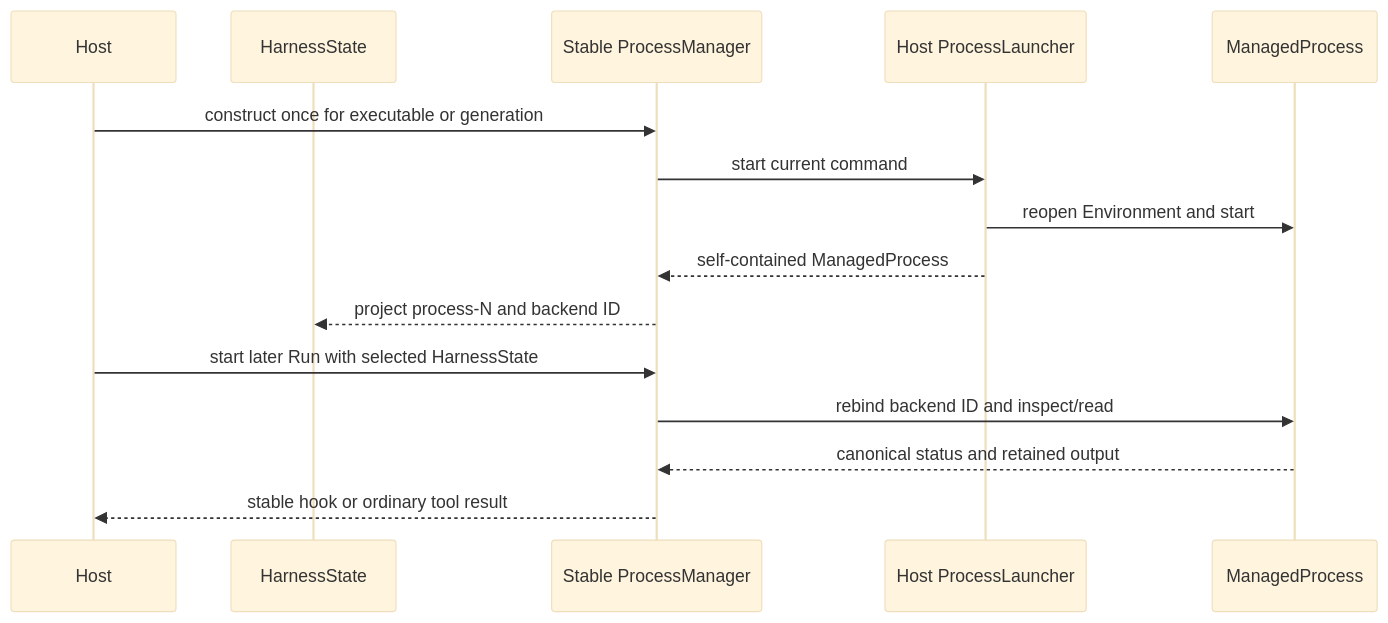
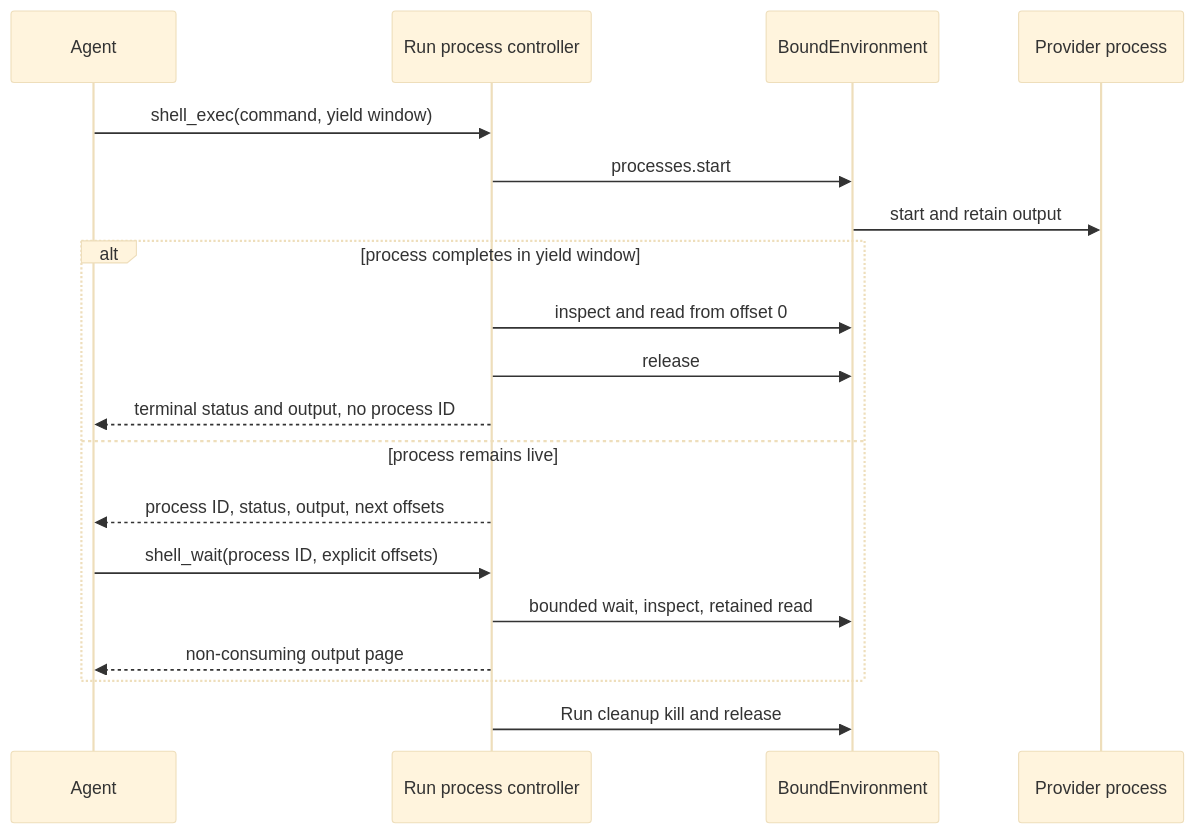
One commit to LTThreeComma/agent-foundation changed the diagram in docs/agent-harness/environments.md. Above: the diagram before and after it, drawn with Mermaid (base theme). The commit also changed other lines of this file and 188 other files, not shown here.

First line of the commit message:
feat(harness): rework environment and host ownership (#82)

````diff
--- a/docs/agent-harness/environments.md
+++ b/docs/agent-harness/environments.md
@@ -326,18 +218,22 @@
 ```mermaid
 sequenceDiagram
-    participant Host
-    participant State as HarnessState
-    participant Manager as Stable ProcessManager
-    participant Launcher as Host ProcessLauncher
-    participant Process as ManagedProcess
+    participant Agent
+    participant Controller as Run process controller
+    participant Environment as BoundEnvironment
+    participant Process as Provider process
 
-    Host->>Manager: construct once for executable or generation
-    Manager->>Launcher: start current command
-    Launcher->>Process: reopen Environment and start
-    Launcher-->>Manager: self-contained ManagedProcess
-    Manager-->>State: project process-N and backend ID
-    Host->>Manager: start later Run with selected HarnessState
-    Manager->>Process: rebind backend ID and inspect/read
-    Process-->>Manager: canonical status and retained output
-    Manager-->>Host: stable hook or ordinary tool result
+    Agent->>Controller: shell_exec(command, yield window)
+    Controller->>Environment: processes.start
+    Environment->>Process: start and retain output
+    alt process completes in yield window
+        Controller->>Environment: inspect and read from offset 0
+        Controller->>Environment: release
+        Controller-->>Agent: terminal status and output, no process ID
+    else process remains live
+        Controller-->>Agent: process ID, status, output, next offsets
+        Agent->>Controller: shell_wait(process ID, explicit offsets)
+        Controller->>Environment: bounded wait, inspect, retained read
+        Controller-->>Agent: non-consuming output page
+    end
+    Controller->>Environment: Run cleanup kill and release
 ```
````
